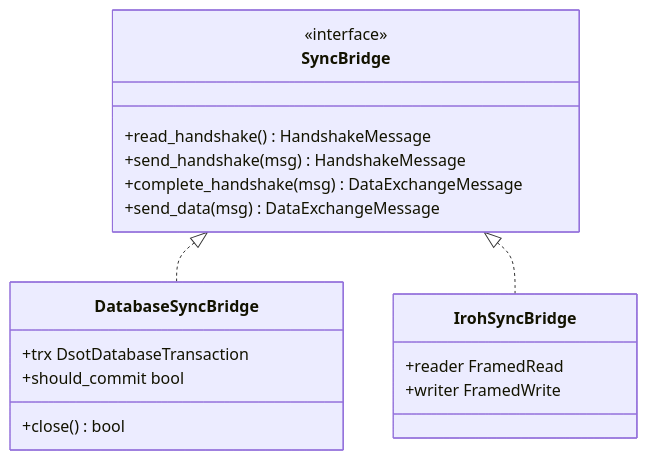
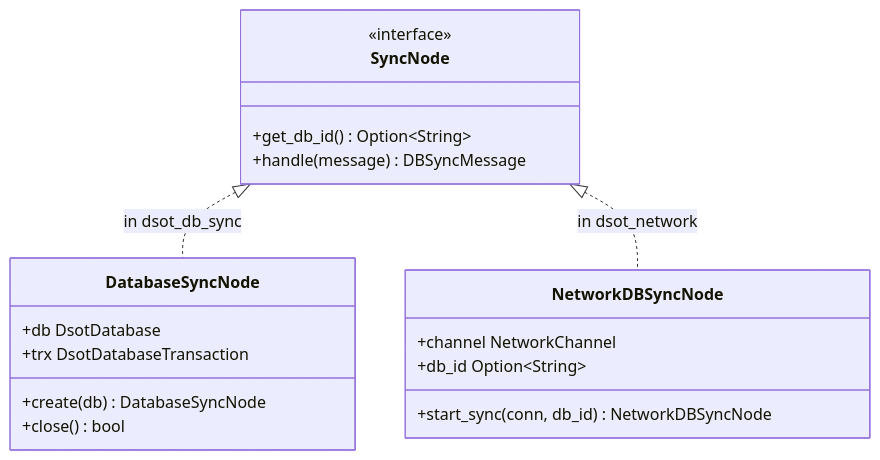
The diagram in docs/architecture/L3-components/db_sync.md (Davidblkx/dsot), drawn with Mermaid before and after one commit. The commit also changed other lines of this file and 8 other files, not shown here.

First line of the commit message:
Document network and serialization architecture

````diff
--- a/docs/architecture/L3-components/db_sync.md
+++ b/docs/architecture/L3-components/db_sync.md
@@ -163,21 +162,21 @@
 ```mermaid
 classDiagram
-    class SyncBridge {
+    class SyncNode {
         <<interface>>
-        +read_handshake() HandshakeMessage
-        +send_handshake(msg) HandshakeMessage
-        +complete_handshake(msg) DataExchangeMessage
-        +send_data(msg) DataExchangeMessage
+        +get_db_id() Option~String~
+        +handle(message) DBSyncMessage
     }
-    class DatabaseSyncBridge {
+    class DatabaseSyncNode {
+        +db DsotDatabase
         +trx DsotDatabaseTransaction
-        +should_commit bool
+        +create(db) DatabaseSyncNode
         +close() bool
     }
-    class IrohSyncBridge {
-        +reader FramedRead
-        +writer FramedWrite
+    class NetworkDBSyncNode {
+        +channel NetworkChannel
+        +db_id Option~String~
+        +start_sync(conn, db_id) NetworkDBSyncNode
     }
-    SyncBridge <|.. DatabaseSyncBridge
-    SyncBridge <|.. IrohSyncBridge
+    SyncNode <|.. DatabaseSyncNode : in dsot_db_sync
+    SyncNode <|.. NetworkDBSyncNode : in dsot_network
 ```
````
